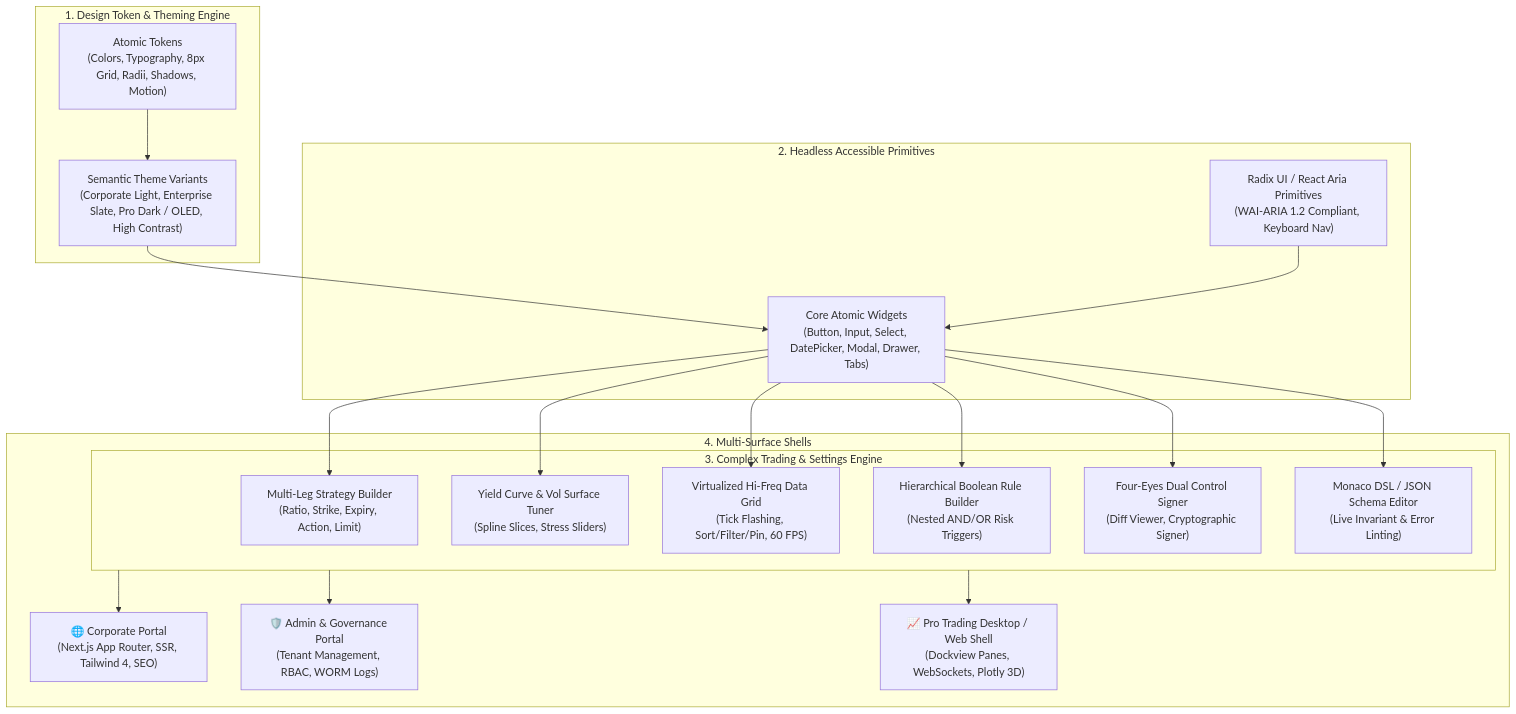
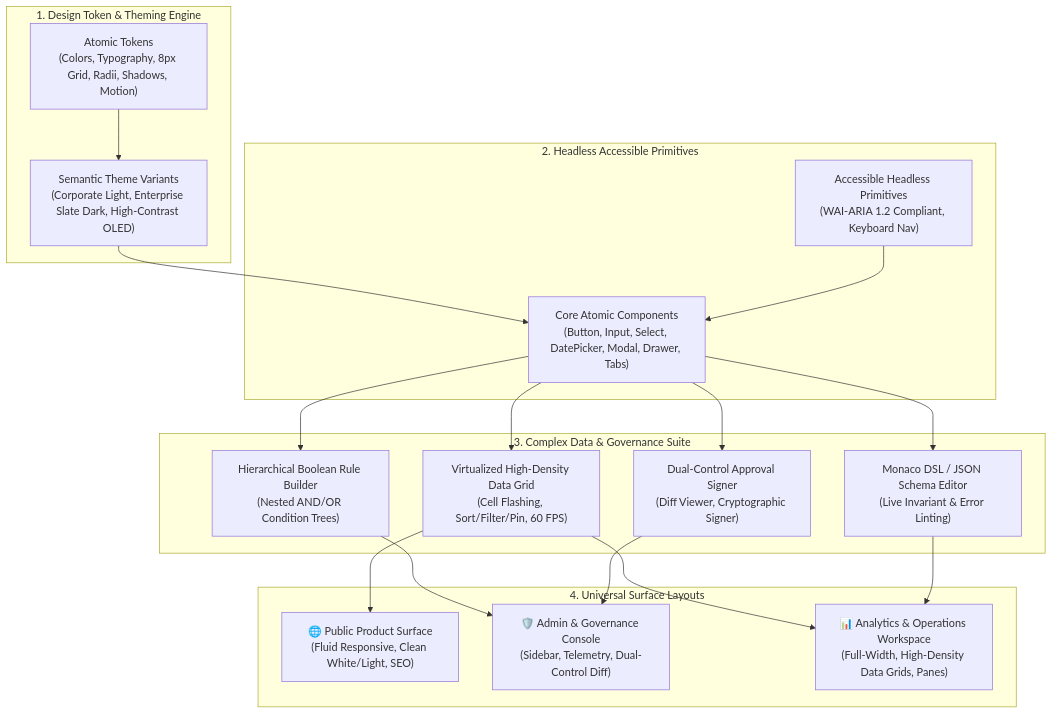
The diagram in .nb/plan/master/enterprise-ui-design-system/README.md (lakhwindersingh/nb_fairyfly), drawn with Mermaid before and after one commit. The commit also changed other lines of this file and 25 other files, not shown here.

````diff
--- a/.nb/plan/master/enterprise-ui-design-system/README.md
+++ b/.nb/plan/master/enterprise-ui-design-system/README.md
@@ -27,39 +27,37 @@
 ```mermaid
 graph TD
   subgraph TokenCore["1. Design Token & Theming Engine"]
     Tokens["Atomic Tokens<br/>(Colors, Typography, 8px Grid, Radii, Shadows, Motion)"]
-    Themes["Semantic Theme Variants<br/>(Corporate Light, Enterprise Slate, Pro Dark / OLED, High Contrast)"]
+    Themes["Semantic Theme Variants<br/>(Corporate Light, Enterprise Slate Dark, High-Contrast OLED)"]
     Tokens --> Themes
   end
 
   subgraph Primitives["2. Headless Accessible Primitives"]
-    Headless["Radix UI / React Aria Primitives<br/>(WAI-ARIA 1.2 Compliant, Keyboard Nav)"]
-    BaseWidgets["Core Atomic Widgets<br/>(Button, Input, Select, DatePicker, Modal, Drawer, Tabs)"]
+    Headless["Accessible Headless Primitives<br/>(WAI-ARIA 1.2 Compliant, Keyboard Nav)"]
+    BaseWidgets["Core Atomic Components<br/>(Button, Input, Select, DatePicker, Modal, Drawer, Tabs)"]
     Themes --> BaseWidgets
     Headless --> BaseWidgets
   end
 
-  subgraph ComplexWidgets["3. Complex Trading & Settings Engine"]
-    MultiLeg["Multi-Leg Strategy Builder<br/>(Ratio, Strike, Expiry, Action, Limit)"]
-    CurveTuner["Yield Curve & Vol Surface Tuner<br/>(Spline Slices, Stress Sliders)"]
-    DataGrid["Virtualized Hi-Freq Data Grid<br/>(Tick Flashing, Sort/Filter/Pin, 60 FPS)"]
-    RuleBuilder["Hierarchical Boolean Rule Builder<br/>(Nested AND/OR Risk Triggers)"]
-    FourEyesWidget["Four-Eyes Dual Control Signer<br/>(Diff Viewer, Cryptographic Signer)"]
+  subgraph ComplexWidgets["3. Complex Data & Governance Suite"]
+    DataGrid["Virtualized High-Density Data Grid<br/>(Cell Flashing, Sort/Filter/Pin, 60 FPS)"]
+    RuleBuilder["Hierarchical Boolean Rule Builder<br/>(Nested AND/OR Condition Trees)"]
+    FourEyesWidget["Dual-Control Approval Signer<br/>(Diff Viewer, Cryptographic Signer)"]
     DslEditor["Monaco DSL / JSON Schema Editor<br/>(Live Invariant & Error Linting)"]
-    BaseWidgets --> MultiLeg
-    BaseWidgets --> CurveTuner
     BaseWidgets --> DataGrid
     BaseWidgets --> RuleBuilder
     BaseWidgets --> FourEyesWidget
     BaseWidgets --> DslEditor
   end
 
-  subgraph Surfaces["4. Multi-Surface Shells"]
-    CorpPortal["🌐 Corporate Portal<br/>(Next.js App Router, SSR, Tailwind 4, SEO)"]
-    AdminPortal["🛡️ Admin & Governance Portal<br/>(Tenant Management, RBAC, WORM Logs)"]
-    ProTrading["📈 Pro Trading Desktop / Web Shell<br/>(Dockview Panes, WebSockets, Plotly 3D)"]
-    ComplexWidgets --> CorpPortal
-    ComplexWidgets --> AdminPortal
-    ComplexWidgets --> ProTrading
+  subgraph Surfaces["4. Universal Surface Layouts"]
+    CorpPortal["🌐 Public Product Surface<br/>(Fluid Responsive, Clean White/Light, SEO)"]
+    AdminPortal["🛡️ Admin & Governance Console<br/>(Sidebar, Telemetry, Dual-Control Diff)"]
+    OpsWorkspace["📊 Analytics & Operations Workspace<br/>(Full-Width, High-Density Data Grids, Panes)"]
+    DataGrid --> CorpPortal
+    RuleBuilder --> AdminPortal
+    FourEyesWidget --> AdminPortal
+    DataGrid --> OpsWorkspace
+    DslEditor --> OpsWorkspace
   end
 ```
````
